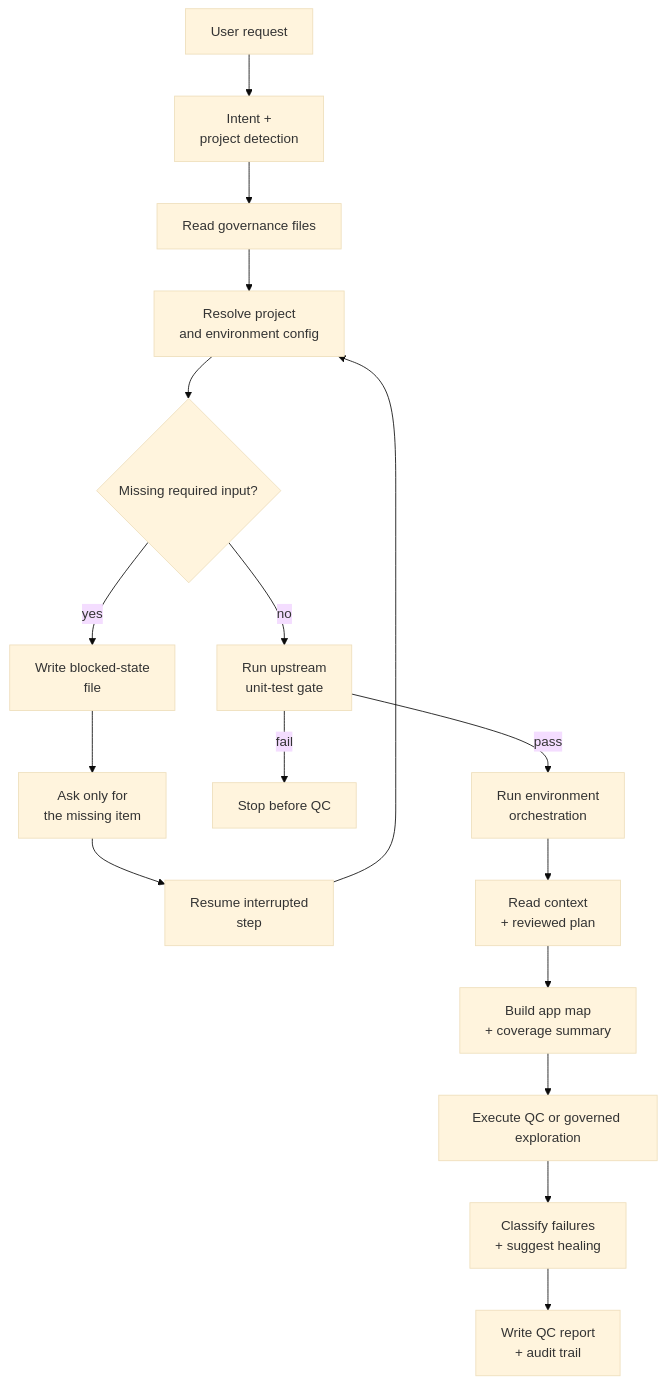
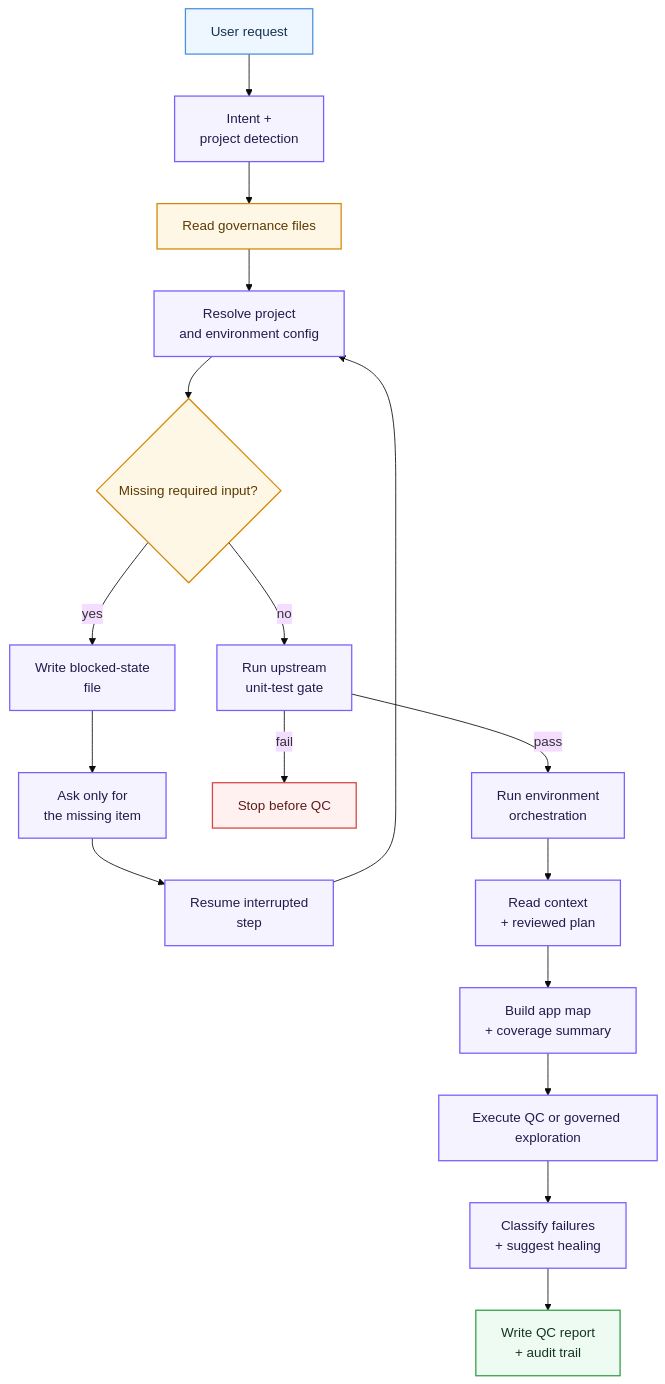
The third of 6 diagrams in docs/qa/architecture.md (Qin-BL/quality-platform), drawn with Mermaid (base theme) before and after one commit. The commit also changed other lines of this file and 2 other files, not shown here.

Commit message:
Style Mermaid diagrams for readability

```diff
--- a/docs/qa/architecture.md
+++ b/docs/qa/architecture.md
@@ -131,19 +153,31 @@
 ::: mermaid
 graph TD
     CMD["User request"] --> PARSE["Intent +<br/>project detection"]
     PARSE --> RULES["Read governance files"]
     RULES --> DISC["Resolve project<br/>and environment config"]
     DISC --> MISS{"Missing required input?"}
     MISS -->|yes| BLOCK["Write blocked-state<br/>file"]
     BLOCK --> ASK["Ask only for<br/>the missing item"]
     ASK --> RESUME["Resume interrupted<br/>step"]
     RESUME --> DISC
     MISS -->|no| GATE["Run upstream<br/>unit-test gate"]
     GATE -->|fail| STOP["Stop before QC"]
     GATE -->|pass| ORCH["Run environment<br/>orchestration"]
     ORCH --> PLAN["Read context<br/>+ reviewed plan"]
     PLAN --> MAP["Build app map<br/>+ coverage summary"]
     MAP --> EXEC["Execute QC or governed exploration"]
     EXEC --> ANALYZE["Classify failures<br/>+ suggest healing"]
     ANALYZE --> REPORT["Write QC report<br/>+ audit trail"]
+    classDef input fill:#eef6ff,stroke:#4a90e2,color:#16324f,stroke-width:1.5px;
+    classDef governance fill:#fff7e6,stroke:#d48806,color:#5b3a00,stroke-width:1.5px;
+    classDef decision fill:#fff7e6,stroke:#d48806,color:#5b3a00,stroke-width:1.5px;
+    classDef runtime fill:#f5f3ff,stroke:#7c5cff,color:#221b4b,stroke-width:1.5px;
+    classDef warning fill:#fff1f0,stroke:#d64545,color:#5c1d1d,stroke-width:1.5px;
+    classDef output fill:#eefbf3,stroke:#2f9e44,color:#16351f,stroke-width:1.5px;
+    class CMD input;
+    class RULES governance;
+    class MISS decision;
+    class PARSE,DISC,BLOCK,ASK,RESUME,GATE,ORCH,PLAN,MAP,EXEC,ANALYZE runtime;
+    class STOP warning;
+    class REPORT output;
 :::
```
